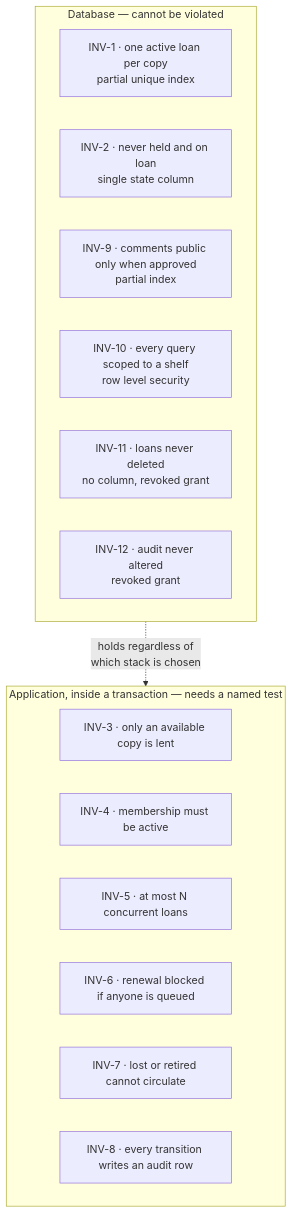
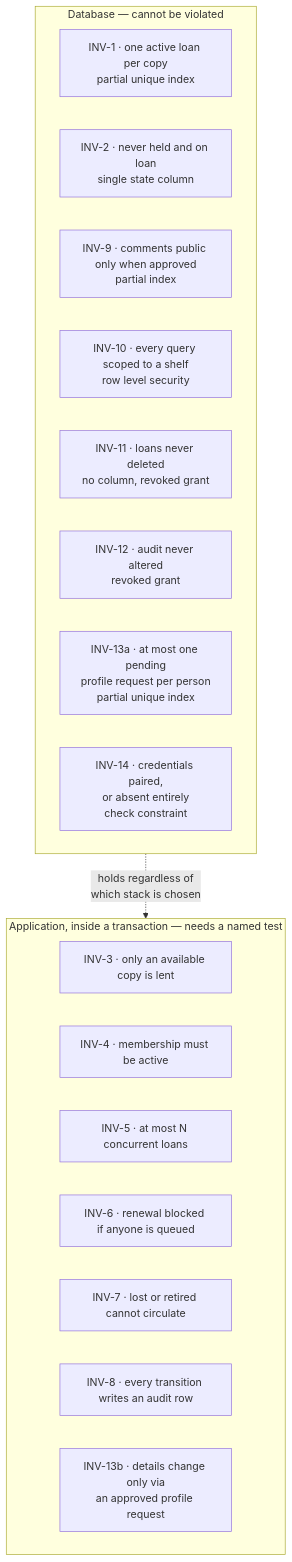
Before and after one commit to kienmatu/OLibra: the second of 2 diagrams in docs/DATABASE.md, drawn with Mermaid. The commit also changed other lines of this file and 3 other files, not shown here.

First line of the commit message:
docs: business review — private shelves, approved profile edits, optional credentials

````diff
--- a/docs/DATABASE.md
+++ b/docs/DATABASE.md
@@ -111,20 +125,23 @@
 ```mermaid
 flowchart TB
     subgraph DB["Database — cannot be violated"]
         I1["INV-1 · one active loan per copy<br/>partial unique index"]
         I2["INV-2 · never held and on loan<br/>single state column"]
         I9["INV-9 · comments public only when approved<br/>partial index"]
         I10["INV-10 · every query scoped to a shelf<br/>row level security"]
         I11["INV-11 · loans never deleted<br/>no column, revoked grant"]
         I12["INV-12 · audit never altered<br/>revoked grant"]
+        I13a["INV-13a · at most one pending<br/>profile request per person<br/>partial unique index"]
+        I14["INV-14 · credentials paired,<br/>or absent entirely<br/>check constraint"]
     end
     subgraph APP["Application, inside a transaction — needs a named test"]
         I3["INV-3 · only an available copy is lent"]
         I4["INV-4 · membership must be active"]
         I5["INV-5 · at most N concurrent loans"]
         I6["INV-6 · renewal blocked if anyone is queued"]
         I7["INV-7 · lost or retired cannot circulate"]
         I8["INV-8 · every transition writes an audit row"]
+        I13b["INV-13b · details change only via<br/>an approved profile request"]
     end
     DB -.->|"holds regardless of<br/>which stack is chosen"| APP
 ```
````
